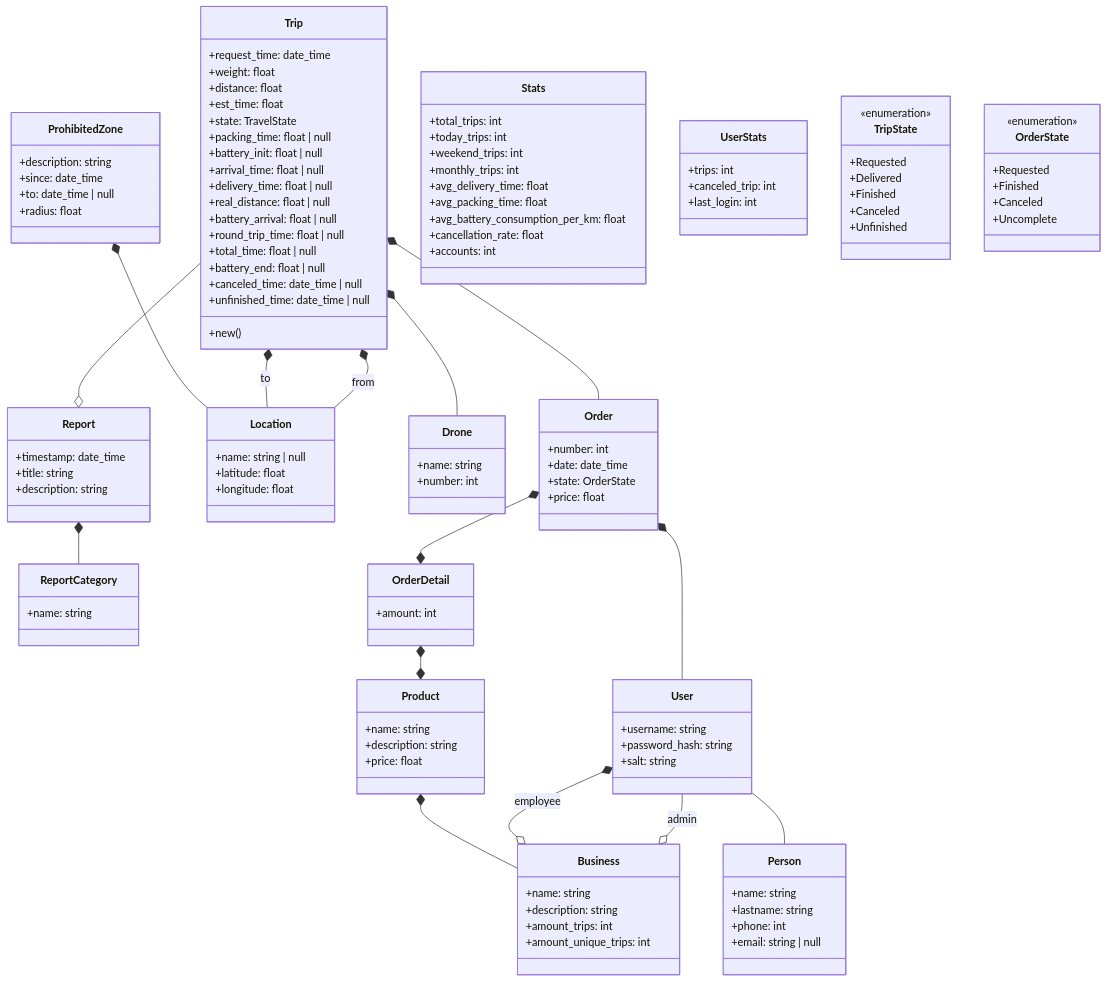
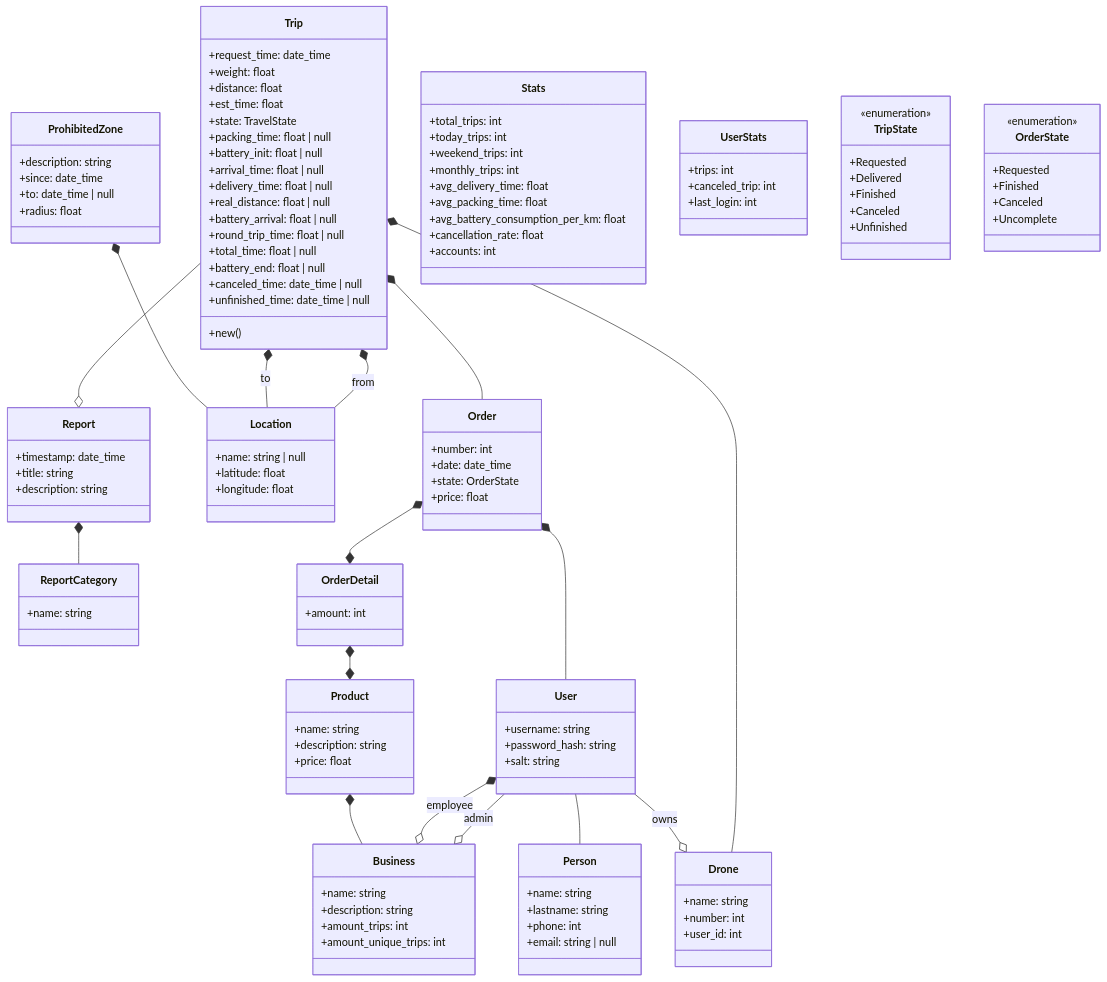
One commit to vector-sur/backend changed the first of 2 diagrams in README.md. Above: the diagram before and after it, drawn with Mermaid. The commit also changed other lines of this file and 11 other files, not shown here.

```diff
--- a/README.md
+++ b/README.md
@@ -15,6 +15,7 @@
     ProhibitedZone *-- Location
     User --o Business : admin
     User *--o Business : employee
+    User --o Drone : owns
     Product *-- Business
     Order *--* OrderDetail
     OrderDetail *--* Product
@@ -116,6 +117,7 @@
     class Drone {
         +name: string
         +number: int
+        +user_id: int
     }
 
     class Report {
```
